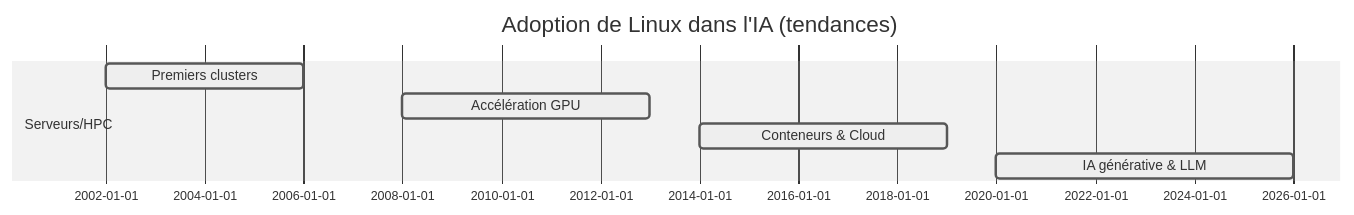
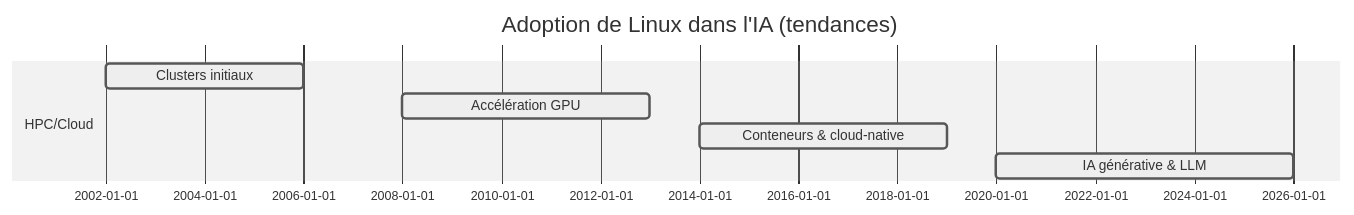
One commit to haythem-rehouma/G1299 changed the second of 4 diagrams in 01-mise-en-place-ecosysteme-IA/Module 0 — Introduction à l’écosystème/0.2 - Pourquoi Linux est devenu l'écosystème de référence pour l'IA mondiale.md. Above: the diagram before and after it, drawn with Mermaid (neutral theme). The commit also changed other lines of this file, not shown here.

````diff
--- a/01-mise-en-place-ecosysteme-IA/Module 0 — Introduction à l’écosystème/0.2 - Pourquoi Linux est devenu l'écosystème de référence pour l'IA mondiale.md
+++ b/01-mise-en-place-ecosysteme-IA/Module 0 — Introduction à l’écosystème/0.2 - Pourquoi Linux est devenu l'écosystème de référence pour l'IA mondiale.md
@@ -43,10 +43,10 @@
 ```mermaid
 gantt
     title Adoption de Linux dans l'IA (tendances)
     dateFormat  YYYY
-    section Serveurs/HPC
-    Premiers clusters            :active, 2002, 4y
+    section HPC/Cloud
+    Clusters initiaux            :active, 2002, 4y
     Accélération GPU             :active, 2008, 5y
-    Conteneurs & Cloud           :active, 2014, 5y
+    Conteneurs & cloud-native    :active, 2014, 5y
     IA générative & LLM          :active, 2020, 6y
 ```
````
